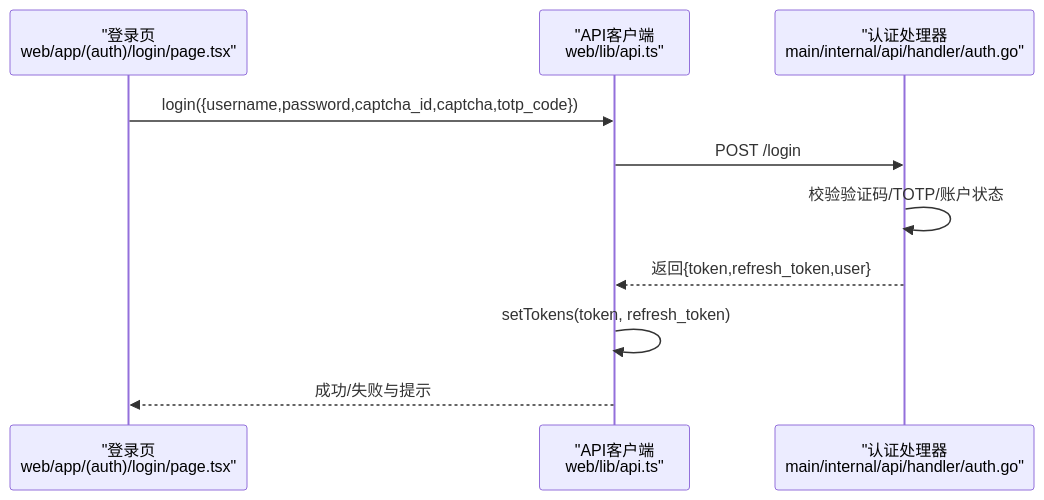
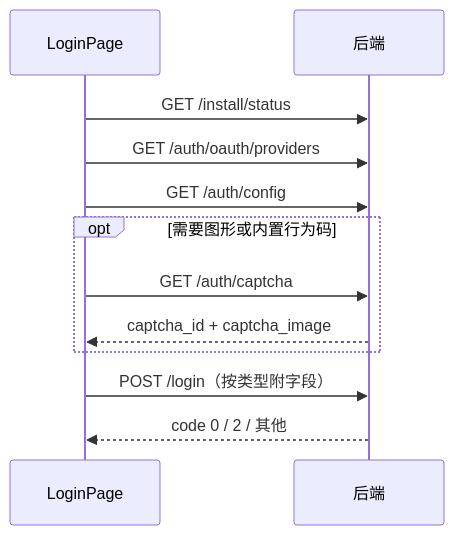
Before and after one commit to x01n/dnsplane: the third of 6 diagrams in docs/前端开发指南/表单验证与认证.md, drawn with Mermaid. The commit also changed other lines of this file and 326 other files, not shown here.

````diff
--- a/docs/前端开发指南/表单验证与认证.md
+++ b/docs/前端开发指南/表单验证与认证.md
@@ -164,12 +205,14 @@
 ```mermaid
 sequenceDiagram
-participant FE as "登录页<br/>web/app/(auth)/login/page.tsx"
-participant API as "API客户端<br/>web/lib/api.ts"
-participant AUTH as "认证处理器<br/>main/internal/api/handler/auth.go"
-FE->>API : login({username,password,captcha_id,captcha,totp_code})
-API->>AUTH : POST /login
-AUTH->>AUTH : 校验验证码/TOTP/账户状态
-AUTH-->>API : 返回{token,refresh_token,user}
-API->>API : setTokens(token, refresh_token)
-API-->>FE : 成功/失败与提示
+participant P as LoginPage
+participant C as 后端
+P->>C : GET /install/status
+P->>C : GET /auth/oauth/providers
+P->>C : GET /auth/config
+opt 需要图形或内置行为码
+P->>C : GET /auth/captcha
+C-->>P : captcha_id + captcha_image
+end
+P->>C : POST /login（按类型附字段）
+C-->>P : code 0 / 2 / 其他
 ```
````
